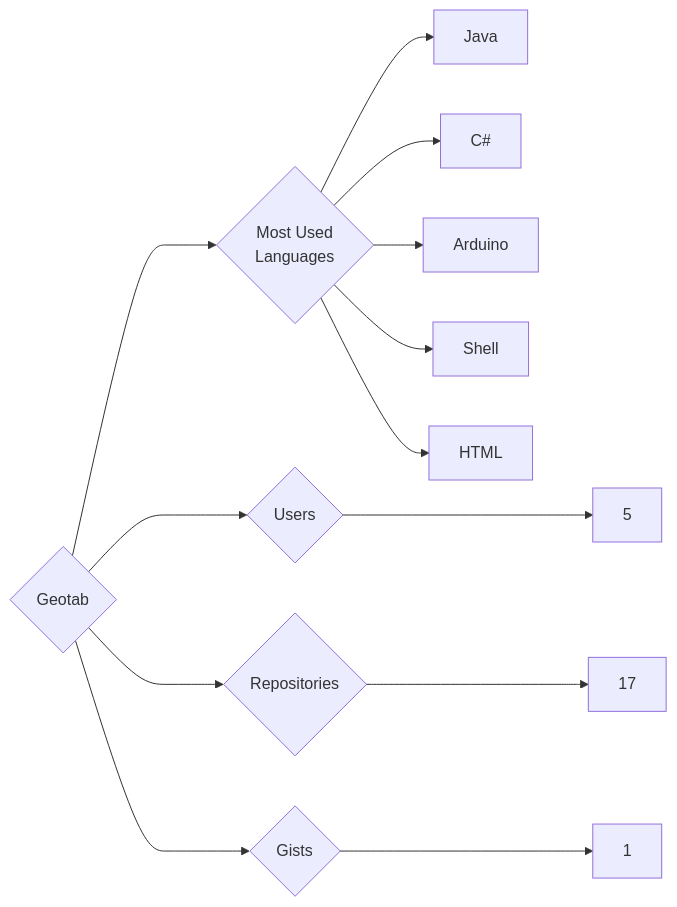
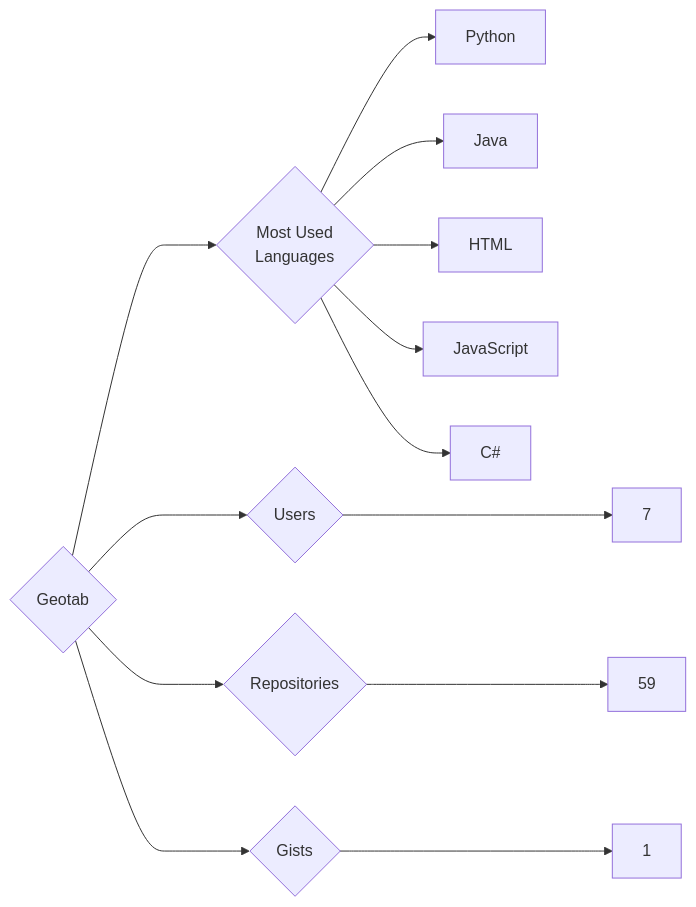
Before and after one commit to trickest/insiders: the diagram in targets/Geotab/README.md, drawn with Mermaid. The commit also changed 1055 other files, not shown here.

````diff
--- a/targets/Geotab/README.md
+++ b/targets/Geotab/README.md
@@ -3,13 +3,13 @@
 ```mermaid
 graph LR
 COMPANY_NAME{Geotab}
-COMPANY_NAME ---> U{Users} ---> UN[5]
-COMPANY_NAME ---> R{Repositories} ---> RN[17]
+COMPANY_NAME ---> U{Users} ---> UN[7]
+COMPANY_NAME ---> R{Repositories} ---> RN[59]
 COMPANY_NAME ---> G{Gists} ---> GN[1]
 COMPANY_NAME ---> ML{Most Used<br>Languages}
+ML --> Python[Python]
 ML --> Java[Java]
+ML --> HTML[HTML]
+ML --> JavaScript[JavaScript]
 ML --> C#[C#]
-ML --> Arduino[Arduino]
-ML --> Shell[Shell]
-ML --> HTML[HTML]
 ```
````
